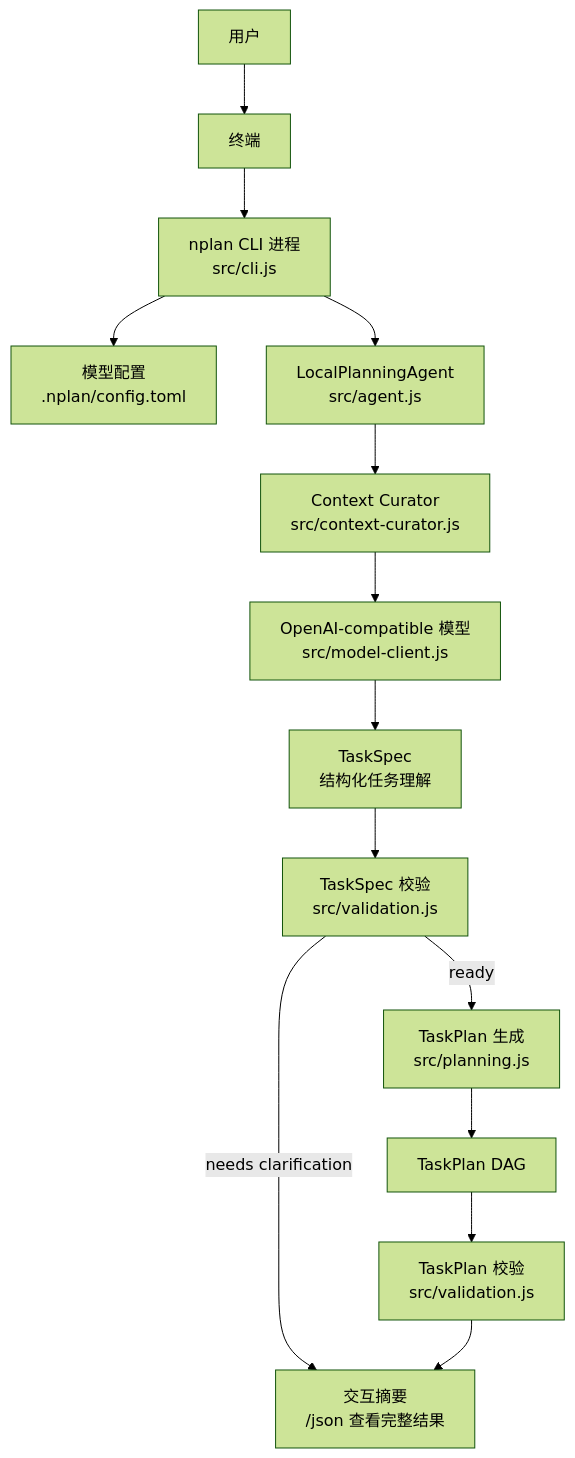
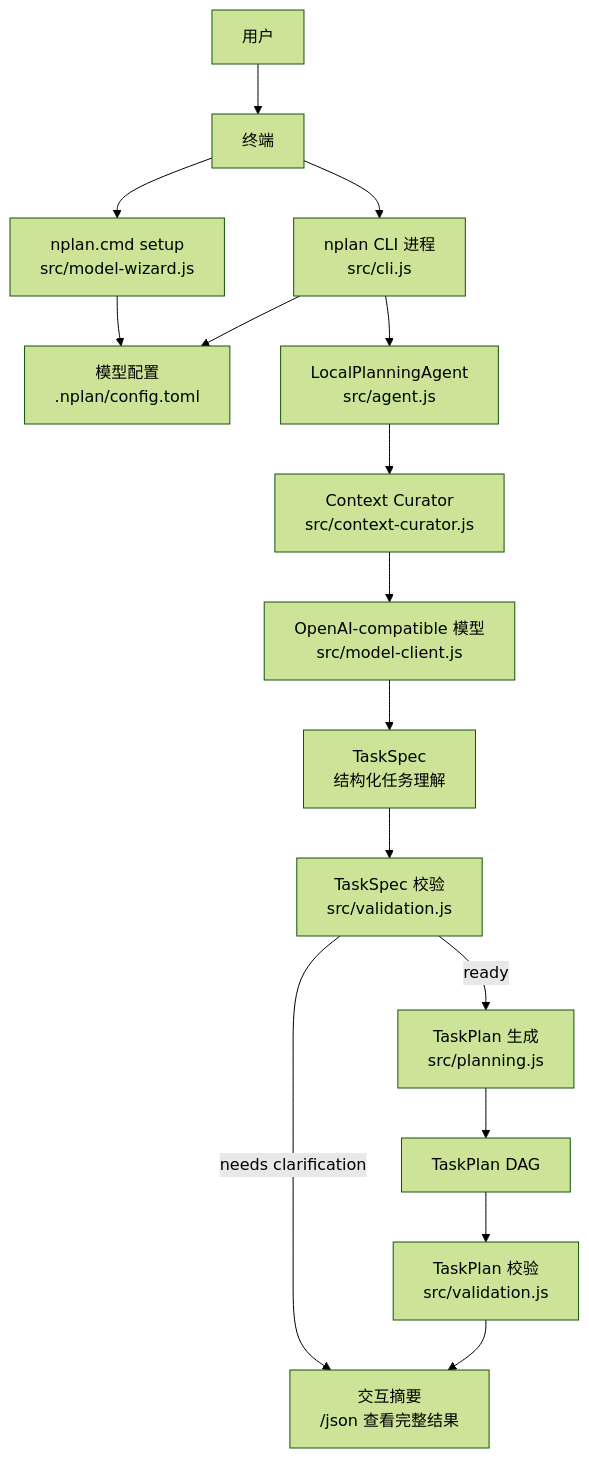
Before and after one commit to xqct0001/nplan: the first of 4 diagrams in docs/nplan_process_task_obsidian.md, drawn with Mermaid (forest theme). The commit also changed other lines of this file and 16 other files, not shown here.

Commit message:
Unify setup command flow

````diff
--- a/docs/nplan_process_task_obsidian.md
+++ b/docs/nplan_process_task_obsidian.md
@@ -33,30 +44,33 @@
 ```mermaid
 flowchart TD
   User["用户"]
   Shell["终端"]
   CLI["nplan CLI 进程<br/>src/cli.js"]
+  Setup["nplan.cmd setup<br/>src/model-wizard.js"]
   Config["模型配置<br/>.nplan/config.toml"]
   Agent["LocalPlanningAgent<br/>src/agent.js"]
   Context["Context Curator<br/>src/context-curator.js"]
   Model["OpenAI-compatible 模型<br/>src/model-client.js"]
   Spec["TaskSpec<br/>结构化任务理解"]
   SpecCheck["TaskSpec 校验<br/>src/validation.js"]
   Planner["TaskPlan 生成<br/>src/planning.js"]
   Plan["TaskPlan DAG"]
   PlanCheck["TaskPlan 校验<br/>src/validation.js"]
   Summary["交互摘要<br/>/json 查看完整结果"]
 
   User --> Shell
   Shell --> CLI
+  Shell --> Setup
+  Setup --> Config
   CLI --> Config
   CLI --> Agent
   Agent --> Context
   Context --> Model
   Model --> Spec
   Spec --> SpecCheck
   SpecCheck -->|"ready"| Planner
   SpecCheck -->|"needs clarification"| Summary
   Planner --> Plan
   Plan --> PlanCheck
   PlanCheck --> Summary
 ```
````
